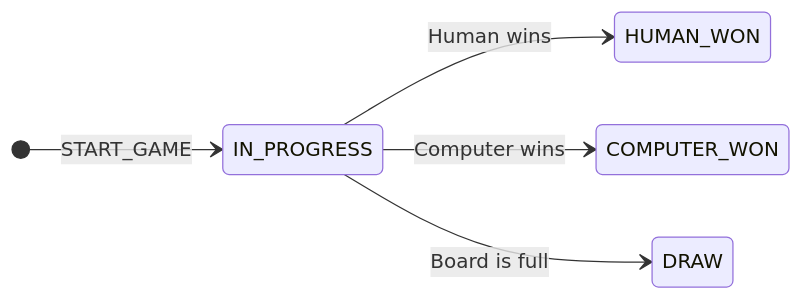
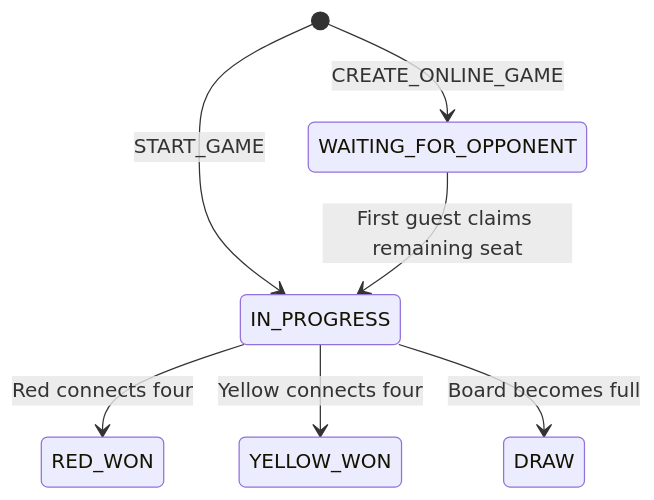
One commit to blam135/Connect-4-Game changed the third of 4 diagrams in docs/architecture.md. Above: the diagram before and after it, drawn with Mermaid. The commit also changed other lines of this file and 36 other files, not shown here.

````diff
--- a/docs/architecture.md
+++ b/docs/architecture.md
@@ -216,14 +177,15 @@
 ```mermaid
 stateDiagram-v2
-    direction LR
-
+    state "WAITING_FOR_OPPONENT" as Waiting
     state "IN_PROGRESS" as InProgress
-    state "HUMAN_WON" as HumanWon
-    state "COMPUTER_WON" as ComputerWon
+    state "RED_WON" as RedWon
+    state "YELLOW_WON" as YellowWon
     state "DRAW" as Draw
 
+    [*] --> Waiting: CREATE_ONLINE_GAME
     [*] --> InProgress: START_GAME
-    InProgress --> HumanWon: Human wins
-    InProgress --> ComputerWon: Computer wins
-    InProgress --> Draw: Board is full
+    Waiting --> InProgress: First guest claims remaining seat
+    InProgress --> RedWon: Red connects four
+    InProgress --> YellowWon: Yellow connects four
+    InProgress --> Draw: Board becomes full
 ```
````
